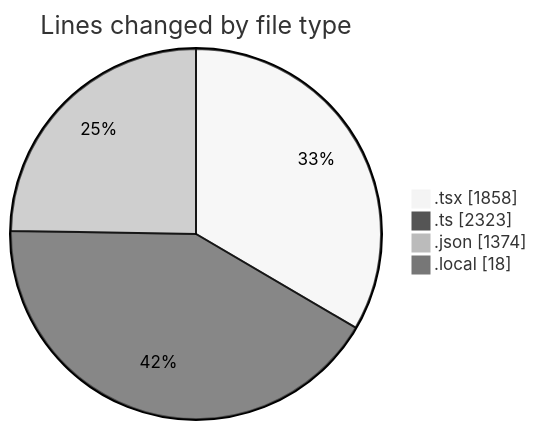
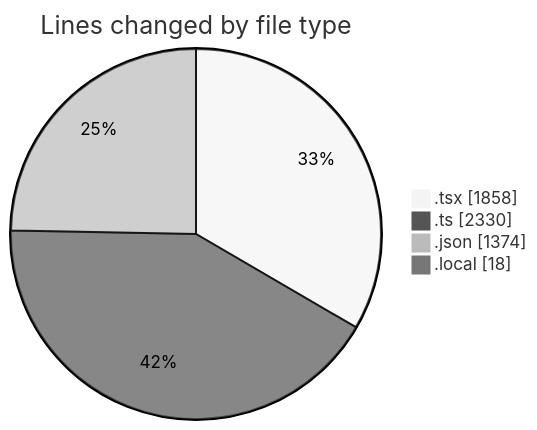
One commit to julien-gomy/code-tracking changed the first of 2 diagrams in 2025-10-16/eventscop-frontend-guide__workspace_/README.md. Above: the diagram before and after it, drawn with Mermaid (neutral theme). The commit also changed other lines of this file and 1 other file, not shown here.

````diff
--- a/2025-10-16/eventscop-frontend-guide__workspace_/README.md
+++ b/2025-10-16/eventscop-frontend-guide__workspace_/README.md
@@ -51,8 +51,8 @@
 ```mermaid
 pie showData
 title Lines changed by file type
 ".tsx" : 1858
-".ts" : 2323
+".ts" : 2330
 ".json" : 1374
 ".local" : 18
 ```
````
